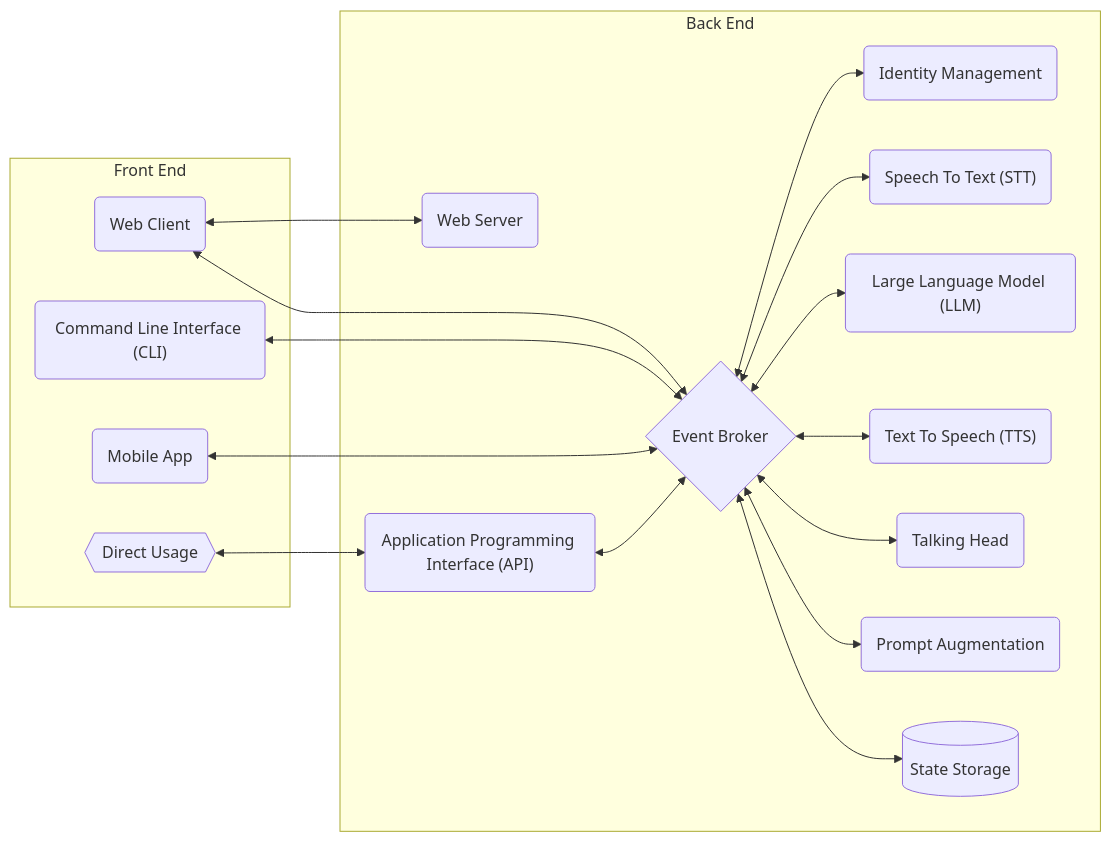
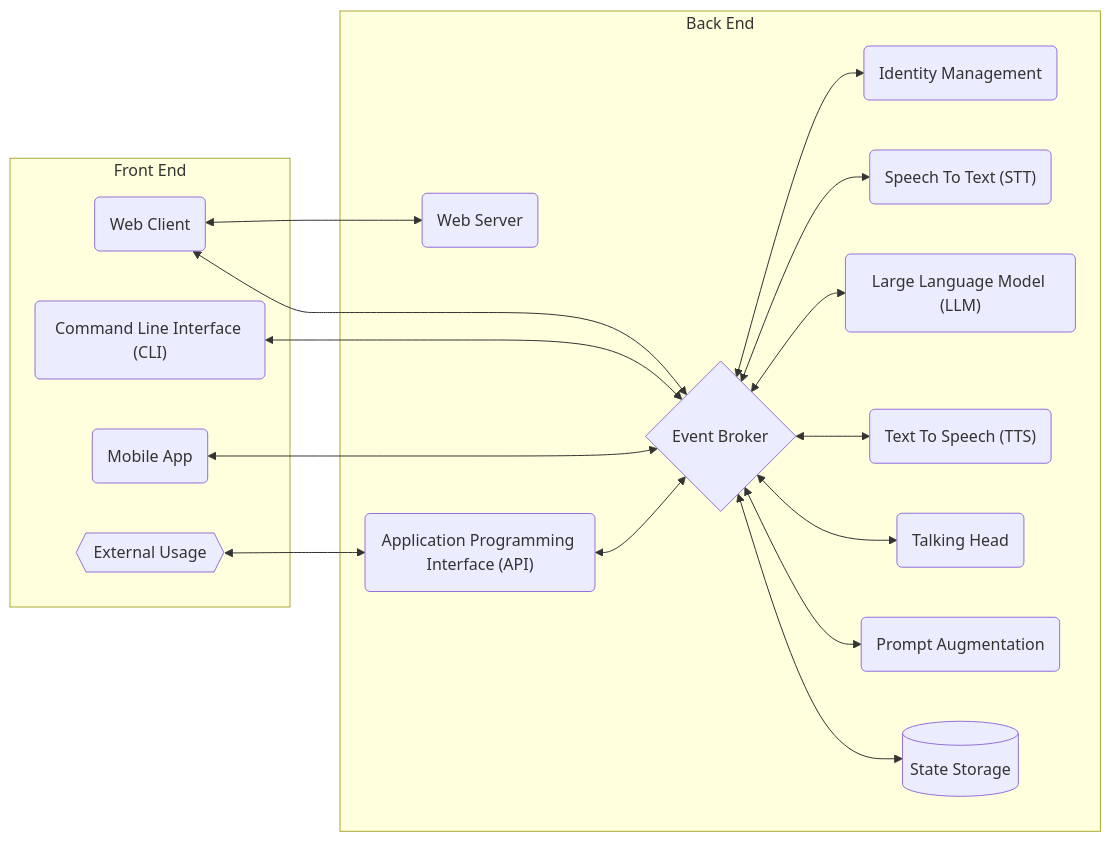
The first of 9 diagrams in docs/system_architectures.md (aquarion-ai/aquarion-docs), drawn with Mermaid before and after one commit. The commit also changed other lines of this file, not shown here.

Commit message:
docs: :memo: add final touches to system architecture doc

````diff
--- a/docs/system_architectures.md
+++ b/docs/system_architectures.md
@@ -38,30 +30,30 @@
 ```mermaid
    graph LR
   
    subgraph front[Front End]
      webclient(Web Client)
      cli("Command Line Interface (CLI)")
      mobile(Mobile App)
-     direct{{Direct Usage}}
+     ext{{External Usage}}
    end
 
    subgraph back[Back End]
      stt("Speech To Text (STT)")
      llm("Large Language Model (LLM)")
      tts("Text To Speech (TTS)")
      broker{Event Broker}
      prompt(Prompt Augmentation)
      db[("State Storage")]
      head(Talking Head)
      webserver(Web Server)
      auth(Identity Management)
      api("Application Programming Interface (API)")
 
      broker <--> auth & stt & llm & tts & head & prompt & db
      api <--> broker
    end
 
    webclient <--> webserver
    webclient & cli & mobile <---> broker
-   direct <--> api
+   ext <--> api
 ```
````
